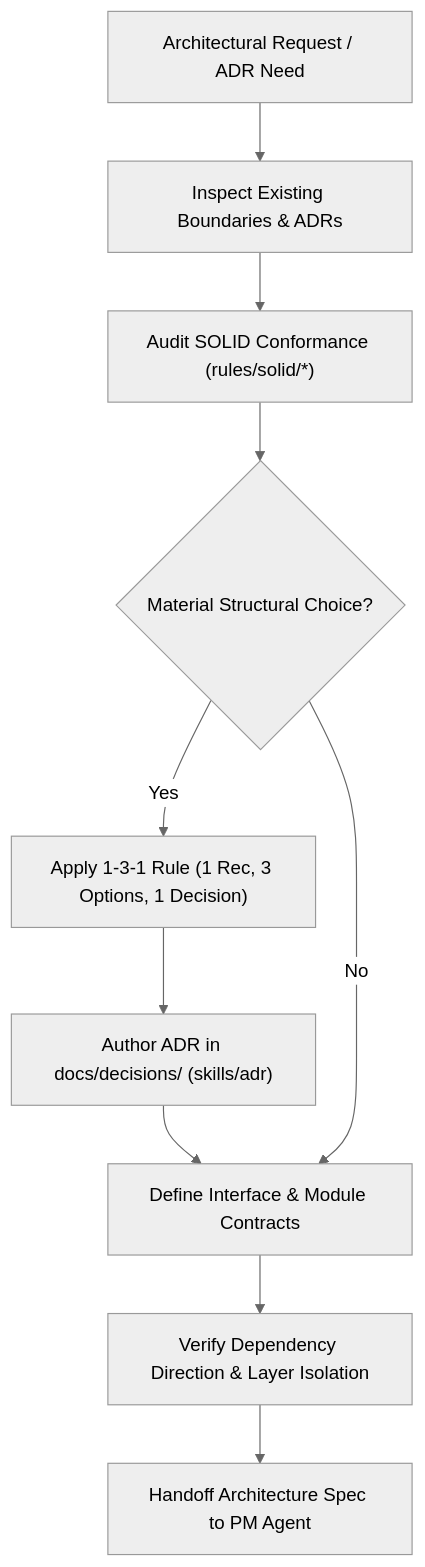
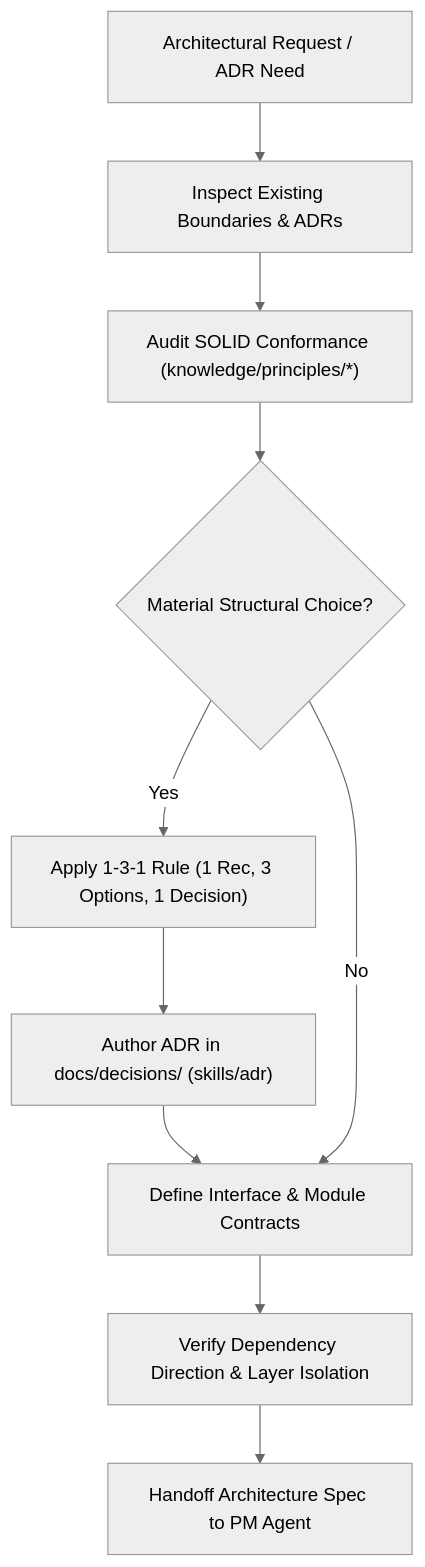
One commit to markromolecule/context-factory changed the diagram in agents/architect-agent/AGENT.md. Above: the diagram before and after it, drawn with Mermaid (neutral theme). The commit also changed other lines of this file and 38 other files, not shown here.

First line of the commit message:
refactor(rules): eliminate rules/solid in favor of canonical knowledge notes

````diff
--- a/agents/architect-agent/AGENT.md
+++ b/agents/architect-agent/AGENT.md
@@ -85,12 +81,12 @@
 ```mermaid
 flowchart TD
     A["Architectural Request / ADR Need"] --> B["Inspect Existing Boundaries & ADRs"]
-    B --> C["Audit SOLID Conformance (rules/solid/*)"]
+    B --> C["Audit SOLID Conformance (knowledge/principles/*)"]
     C --> D{"Material Structural Choice?"}
     D -- Yes --> E["Apply 1-3-1 Rule (1 Rec, 3 Options, 1 Decision)"]
     E --> F["Author ADR in docs/decisions/ (skills/adr)"]
     F --> G["Define Interface & Module Contracts"]
     D -- No --> G
     G --> H["Verify Dependency Direction & Layer Isolation"]
     H --> I["Handoff Architecture Spec to PM Agent"]
 ```
````
